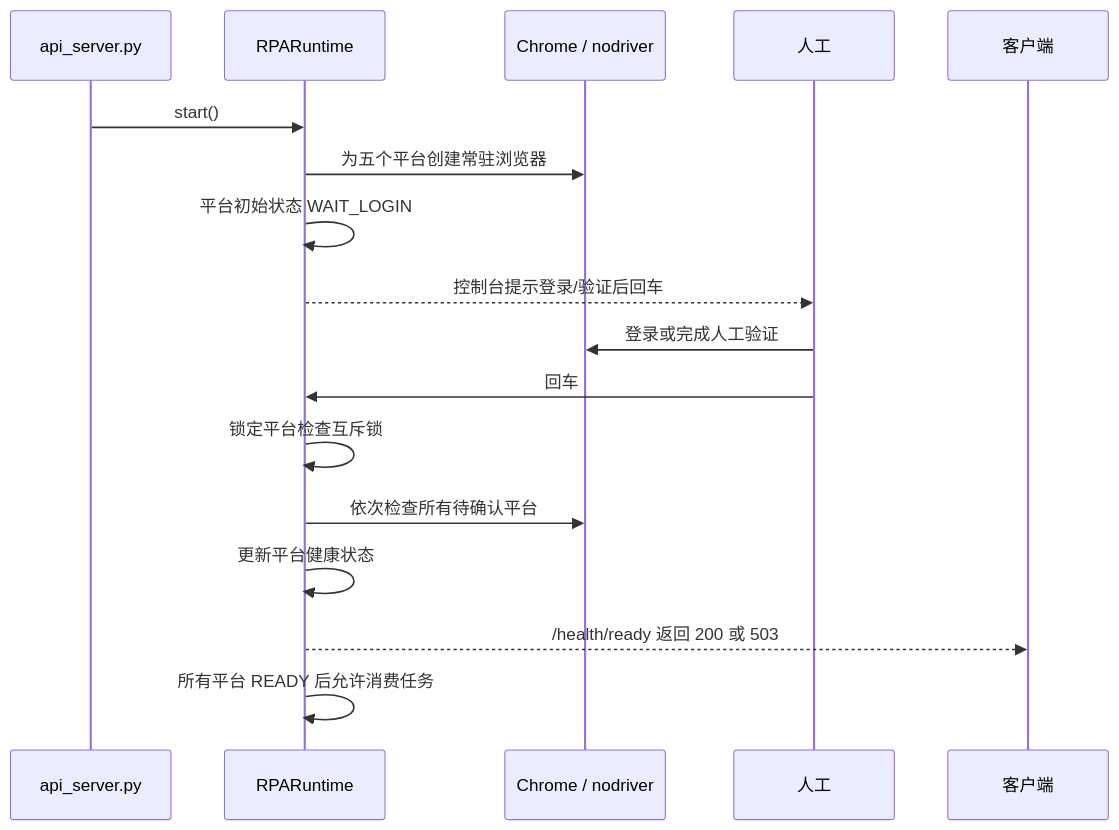
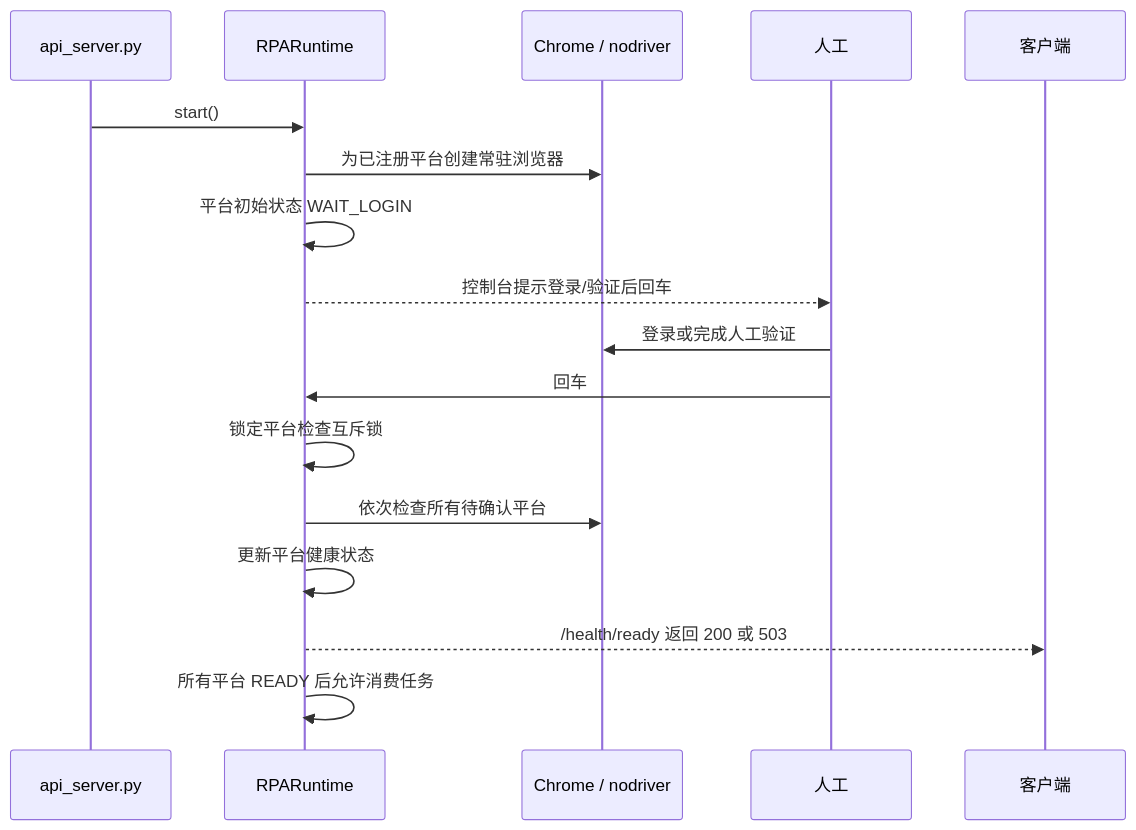
The third of 4 diagrams in docs/系统架构与运行时状态.md (Hr222/house-rpa), drawn with Mermaid before and after one commit. The commit also changed other lines of this file and 93 other files, not shown here.

````diff
--- a/docs/系统架构与运行时状态.md
+++ b/docs/系统架构与运行时状态.md
@@ -126,20 +126,20 @@
 ```mermaid
 sequenceDiagram
     participant S as api_server.py
     participant R as RPARuntime
     participant B as Chrome / nodriver
     participant U as 人工
     participant C as 客户端
 
     S->>R: start()
-    R->>B: 为五个平台创建常驻浏览器
+    R->>B: 为已注册平台创建常驻浏览器
     R->>R: 平台初始状态 WAIT_LOGIN
     R-->>U: 控制台提示登录/验证后回车
     U->>B: 登录或完成人工验证
     U->>R: 回车
     R->>R: 锁定平台检查互斥锁
     R->>B: 依次检查所有待确认平台
     R->>R: 更新平台健康状态
     R-->>C: /health/ready 返回 200 或 503
     R->>R: 所有平台 READY 后允许消费任务
 ```
````
